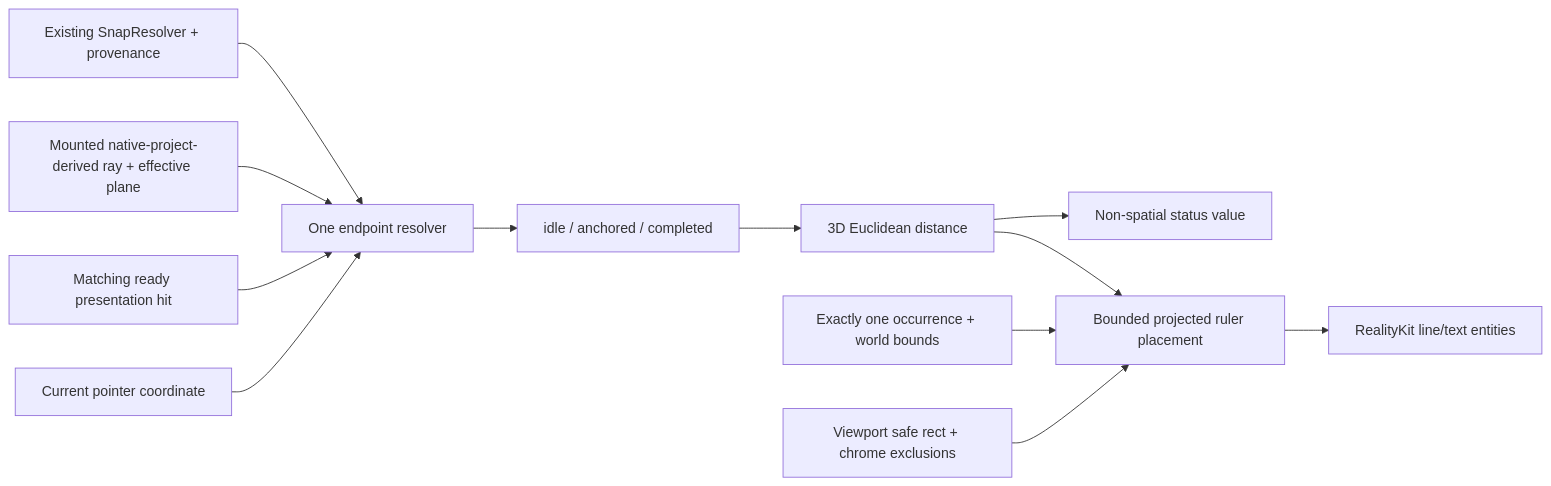
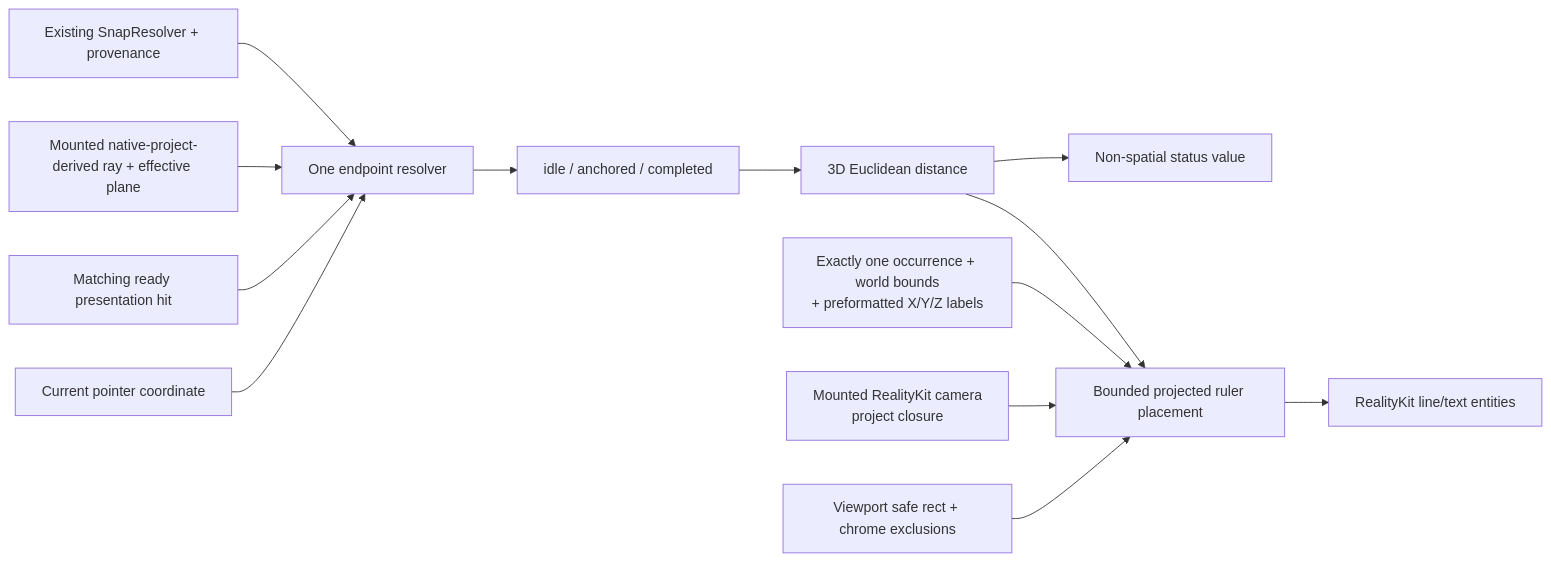
One commit to 1amageek/Rupa changed the diagram in RupaKit/Sources/RupaRendering/ViewportMeasurement/DESIGN.md. Above: the diagram before and after it, drawn with Mermaid. The commit also changed other lines of this file and 65 other files, not shown here.

Commit message:
feat: render spatial viewport overlays with RealityKit

````diff
--- a/RupaKit/Sources/RupaRendering/ViewportMeasurement/DESIGN.md
+++ b/RupaKit/Sources/RupaRendering/ViewportMeasurement/DESIGN.md
@@ -46,14 +48,15 @@
 ```mermaid
 flowchart LR
     Pointer["Current pointer coordinate"] --> Resolve["One endpoint resolver"]
     Ready["Matching ready presentation hit"] --> Resolve
     Ray["Mounted native-project-derived ray + effective plane"] --> Resolve
     Snap["Existing SnapResolver + provenance"] --> Resolve
     Resolve --> State["idle / anchored / completed"]
     State --> Distance["3D Euclidean distance"]
-    Selection["Exactly one occurrence + world bounds"] --> Placement
+    Selection["Exactly one occurrence + world bounds\n+ preformatted X/Y/Z labels"] --> Placement
+    Camera["Mounted RealityKit camera\nproject closure"] --> Placement
     Distance --> Placement["Bounded projected ruler placement"]
     Exclusions["Viewport safe rect + chrome exclusions"] --> Placement
     Placement --> Spatial["RealityKit line/text entities"]
     Distance --> Status["Non-spatial status value"]
 ```
````
